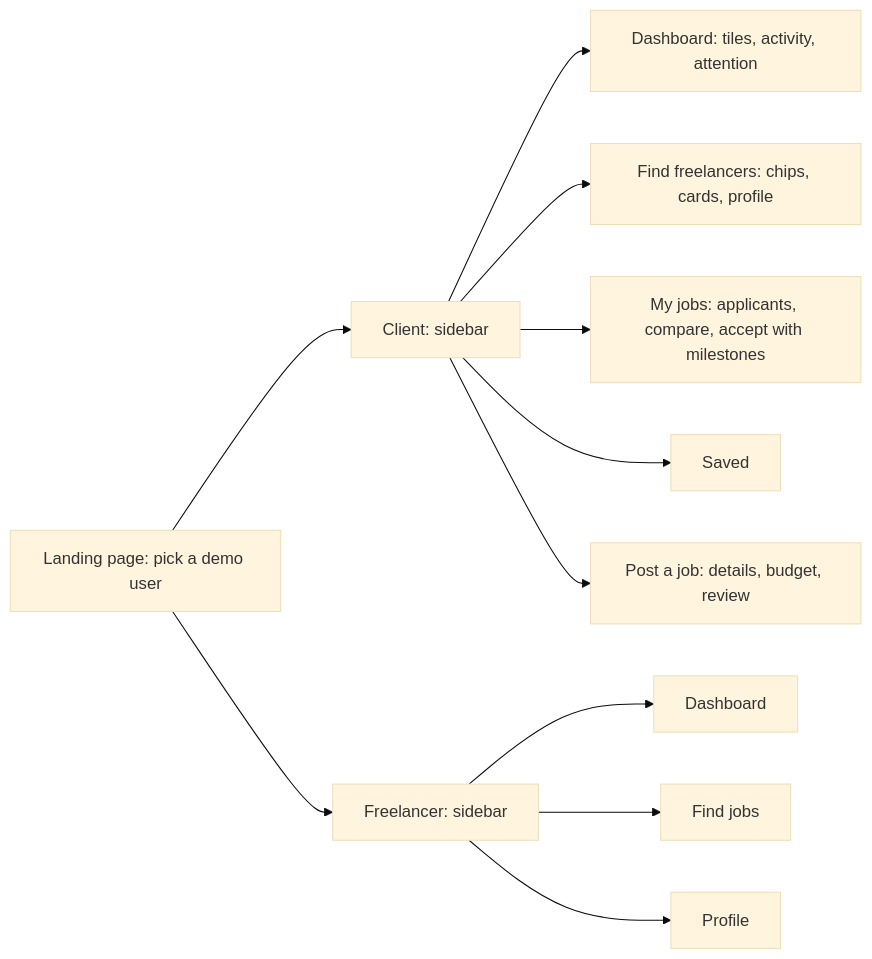
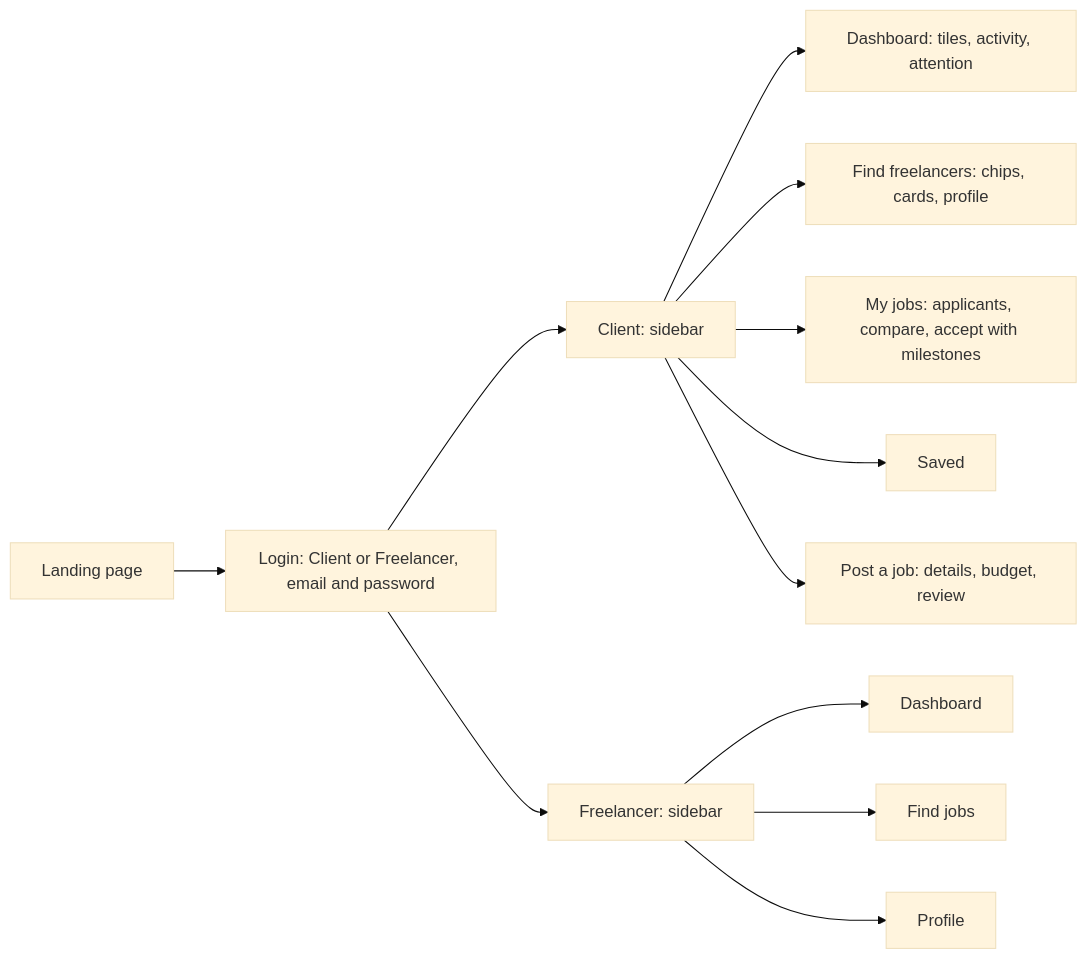
Before and after one commit to Krishnass05/fynd: the ninth of 9 diagrams in flow.md, drawn with Mermaid (base theme). The commit also changed 11 other files, not shown here.

First line of the commit message:
Add a login page for clients and freelancers

````diff
--- a/flow.md
+++ b/flow.md
@@ -151,13 +151,14 @@
 ```mermaid
 flowchart LR
-  L[Landing page: pick a demo user] --> C[Client: sidebar]
-  L --> F[Freelancer: sidebar]
+  L[Landing page] --> G[Login: Client or Freelancer, email and password]
+  G --> C[Client: sidebar]
+  G --> F[Freelancer: sidebar]
   C --> C1[Dashboard: tiles, activity, attention]
   C --> C2[Find freelancers: chips, cards, profile]
   C --> C3[My jobs: applicants, compare, accept with milestones]
   C --> C4[Saved]
   C --> C5[Post a job: details, budget, review]
   F --> F1[Dashboard]
   F --> F2[Find jobs]
   F --> F3[Profile]
 ```
````
